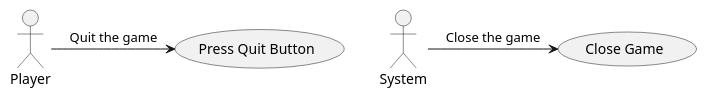
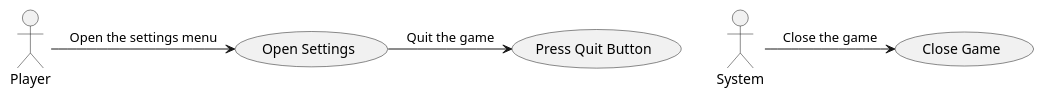
One commit to LosVerinos/Crossy-Road changed the diagram in Diagram/UseCase/quitGame.puml. Above: the diagram before and after it, drawn with PlantUML. The commit also changed 9 other files, not shown here.

```diff
--- a/Diagram/UseCase/quitGame.puml
+++ b/Diagram/UseCase/quitGame.puml
@@ -1,8 +1,11 @@
 @startuml
 actor Player
 actor System
 
-Player -> (Press Quit Button) : Quit the game
+
+Player -> (Open Settings) : Open the settings menu
+
+(Open Settings) -> (Press Quit Button) : Quit the game
 System -> (Close Game) : Close the game
 
 @enduml
```
